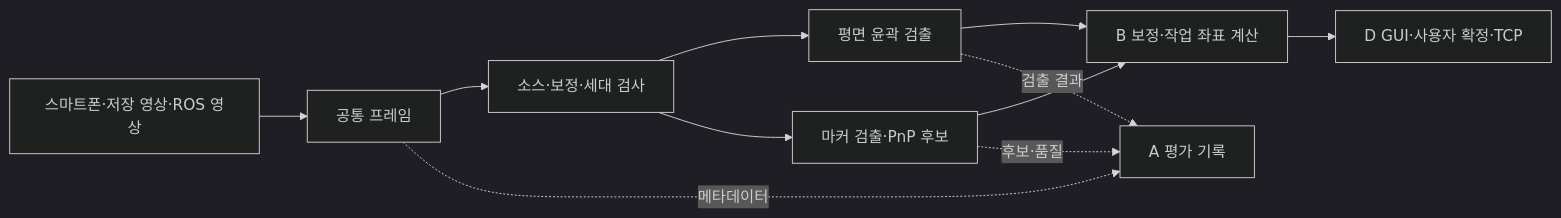
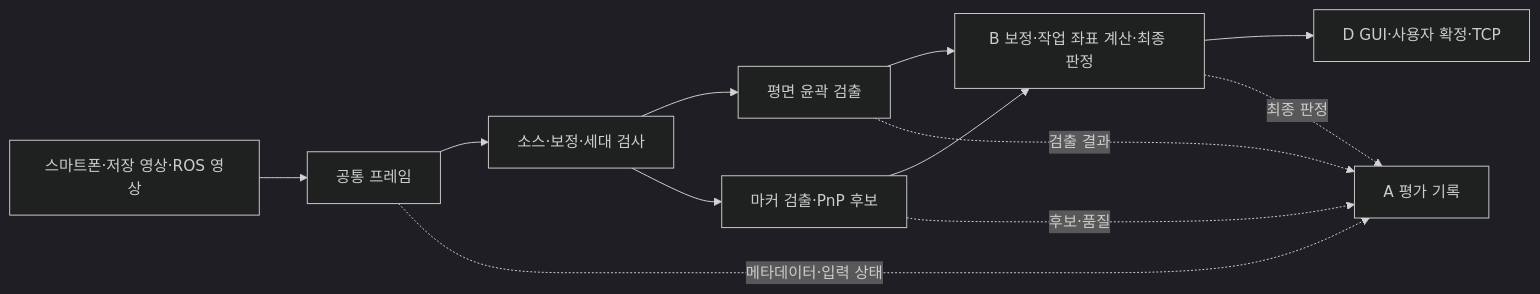
The diagram in docs/design/A담당_비전_상세설계.md (didgustmd23/EyetoArm), drawn with Mermaid (dark theme) before and after one commit. The commit also changed other lines of this file, not shown here.

````diff
--- a/docs/design/A담당_비전_상세설계.md
+++ b/docs/design/A담당_비전_상세설계.md
@@ -35,13 +42,14 @@
 ```mermaid
 flowchart LR
     Sources[스마트폰·저장 영상·ROS 영상] --> Input[공통 프레임]
     Input --> Check[소스·보정·세대 검사]
     Check --> Planar[평면 윤곽 검출]
     Check --> Marker[마커 검출·PnP 후보]
-    Planar --> B[B 보정·작업 좌표 계산]
+    Planar --> B[B 보정·작업 좌표 계산·최종 판정]
     Marker --> B
     B --> D[D GUI·사용자 확정·TCP]
-    Input -. 메타데이터 .-> Log[A 평가 기록]
+    Input -. 메타데이터·입력 상태 .-> Log[A 평가 기록]
     Planar -. 검출 결과 .-> Log
     Marker -. 후보·품질 .-> Log
+    B -. 최종 판정 .-> Log
 ```
````
